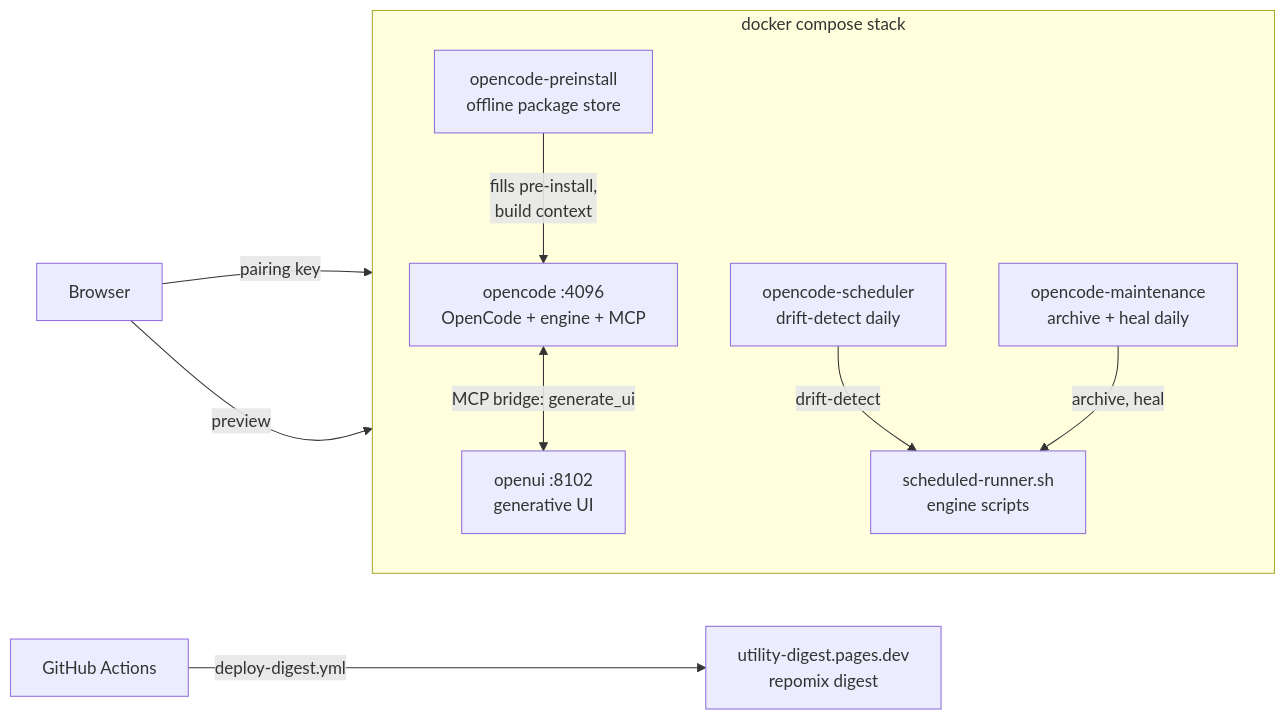
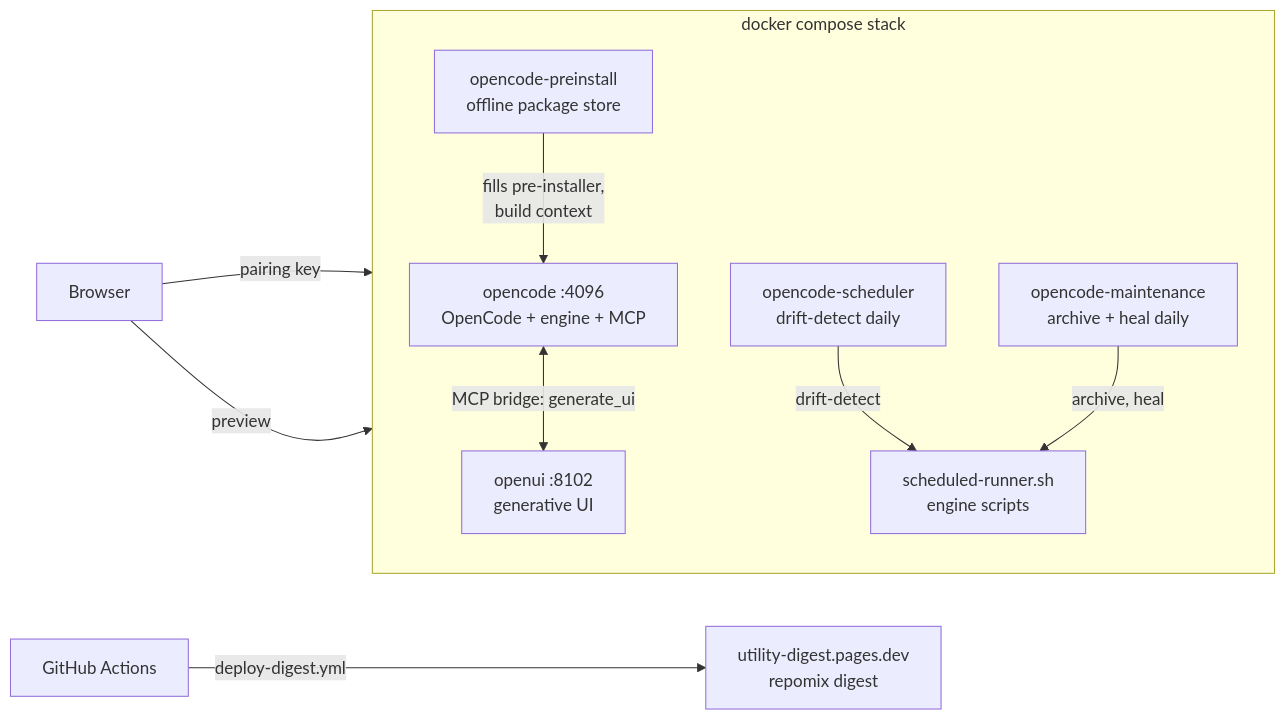
Before and after one commit to RizkiRachman/utility: the second of 2 diagrams in workspace/agents/opencode/README.md, drawn with Mermaid. The commit also changed other lines of this file and 19 other files, not shown here.

Commit message:
refactor(workspace): single-source certs/ and pre-installer/ at workspace root, submodules consume via sync script and build context

````diff
--- a/workspace/agents/opencode/README.md
+++ b/workspace/agents/opencode/README.md
@@ -234,22 +233,22 @@
 ```mermaid
 flowchart LR
     U["Browser"]
     CI["GitHub Actions"]
     subgraph compose["docker compose stack"]
         direction TB
         OC["opencode :4096<br/>OpenCode + engine + MCP"]
         UI["openui :8102<br/>generative UI"]
         SCH["opencode-scheduler<br/>drift-detect daily"]
         MN["opencode-maintenance<br/>archive + heal daily"]
         PRE["opencode-preinstall<br/>offline package store"]
         G["scheduled-runner.sh<br/>engine scripts"]
     end
     PAGES["utility-digest.pages.dev<br/>repomix digest"]
     U -->|"pairing key"| OC
     U -->|"preview"| UI
     OC <-->|"MCP bridge: generate_ui"| UI
     SCH -->|"drift-detect"| G
     MN -->|"archive, heal"| G
-    PRE -->|"fills pre-install,<br/>build context"| OC
+    PRE -->|"fills pre-installer,<br/>build context"| OC
     CI -->|"deploy-digest.yml"| PAGES
 ```
````
